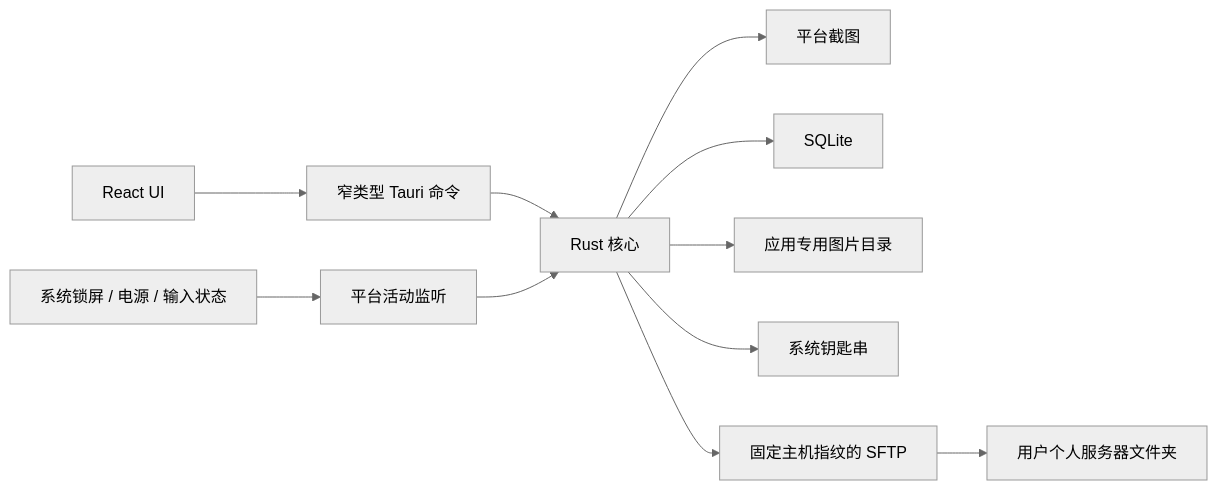
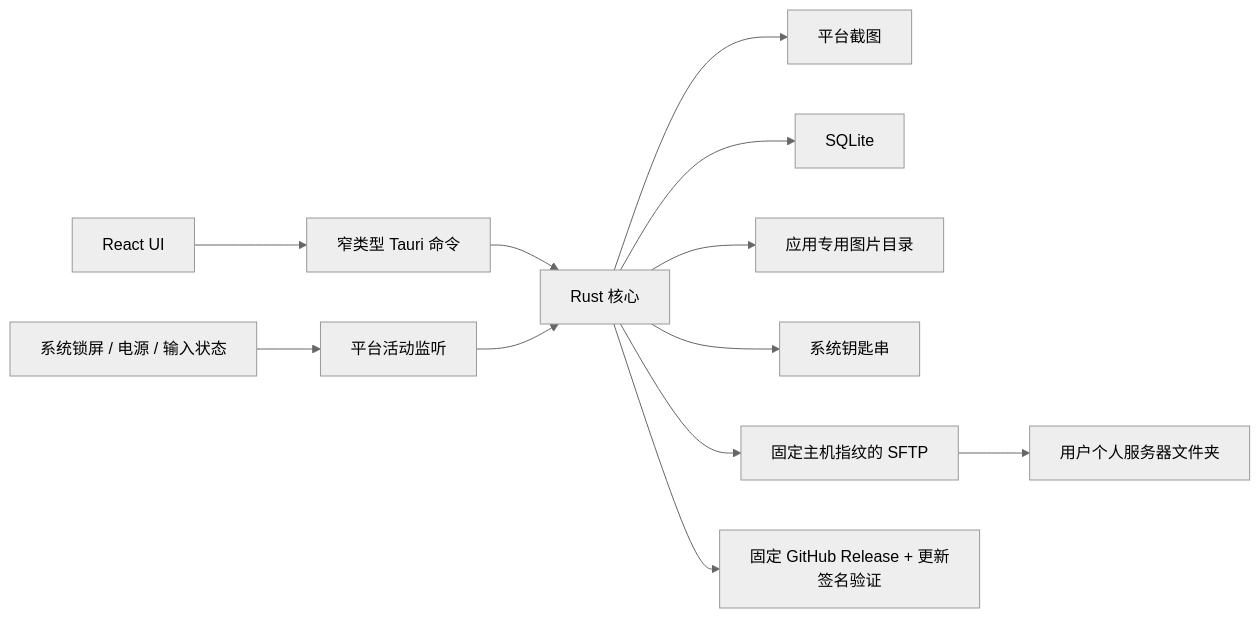
One commit to AlieZVzz/electronic-journey changed the diagram in docs/architecture.md. Above: the diagram before and after it, drawn with Mermaid (neutral theme). The commit also changed other lines of this file and 24 other files, not shown here.

Commit message:
feat: add signed GitHub release updates

````diff
--- a/docs/architecture.md
+++ b/docs/architecture.md
@@ -5,13 +5,14 @@
 ```mermaid
 flowchart LR
     UI["React UI"] --> CMD["窄类型 Tauri 命令"]
     CMD --> CORE["Rust 核心"]
     OS["系统锁屏 / 电源 / 输入状态"] --> MON["平台活动监听"]
     MON --> CORE
     CORE --> CAP["平台截图"]
     CORE --> DB["SQLite"]
     CORE --> FS["应用专用图片目录"]
     CORE --> KEY["系统钥匙串"]
     CORE --> SSH["固定主机指纹的 SFTP"]
+    CORE --> UPDATE["固定 GitHub Release + 更新签名验证"]
     SSH --> OWNED["用户个人服务器文件夹"]
 ```
````
